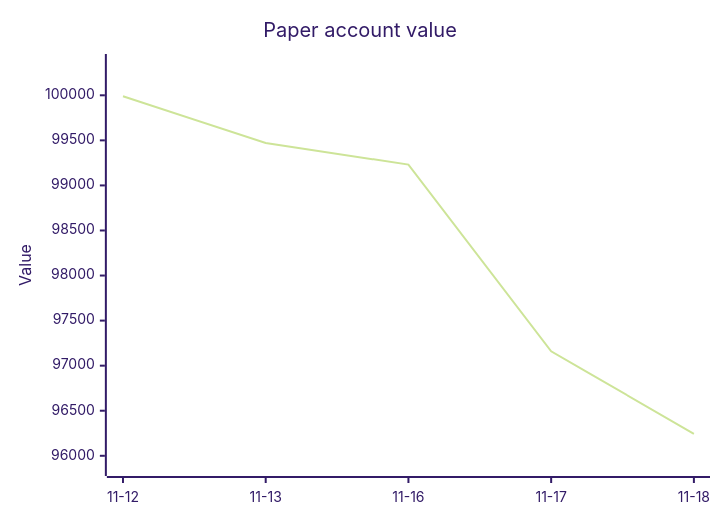
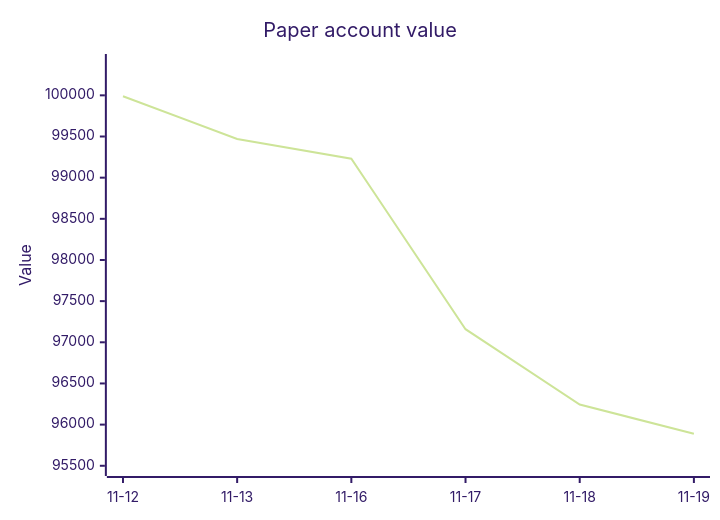
One commit to owlpowell50-creator/trading-bot changed the second of 2 diagrams in 00 - Bot Dashboard.md. Above: the diagram before and after it, drawn with Mermaid (forest theme). The commit also changed other lines of this file and 13 other files, not shown here.

````diff
--- a/00 - Bot Dashboard.md
+++ b/00 - Bot Dashboard.md
@@ -63,7 +64,7 @@
 ```mermaid
 xychart-beta
     title "Paper account value"
-    x-axis ["11-12", "11-13", "11-16", "11-17", "11-18"]
-    y-axis "Value" 95870 --> 100364
-    line [99989.1, 99470.6, 99230.9, 97159.3, 96244.1]
+    x-axis ["11-12", "11-13", "11-16", "11-17", "11-18", "11-19"]
+    y-axis "Value" 95479 --> 100399
+    line [99989.1, 99470.6, 99230.9, 97159.3, 96244.1, 95888.9]
 ```
````
